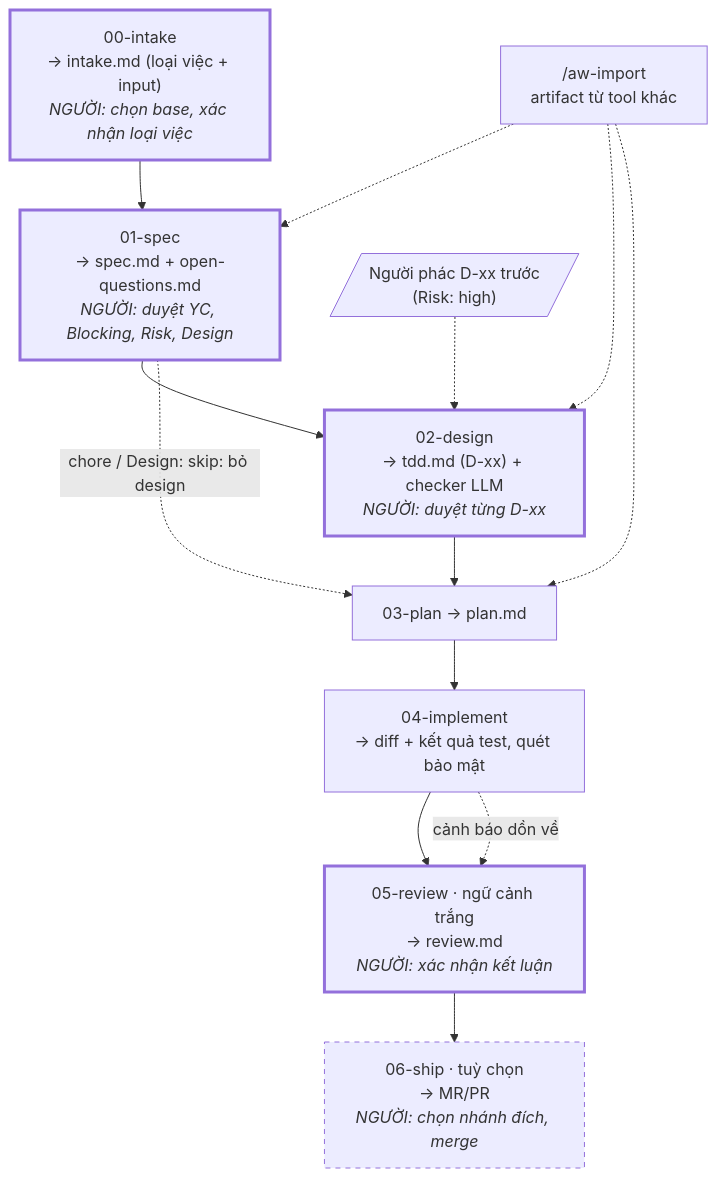
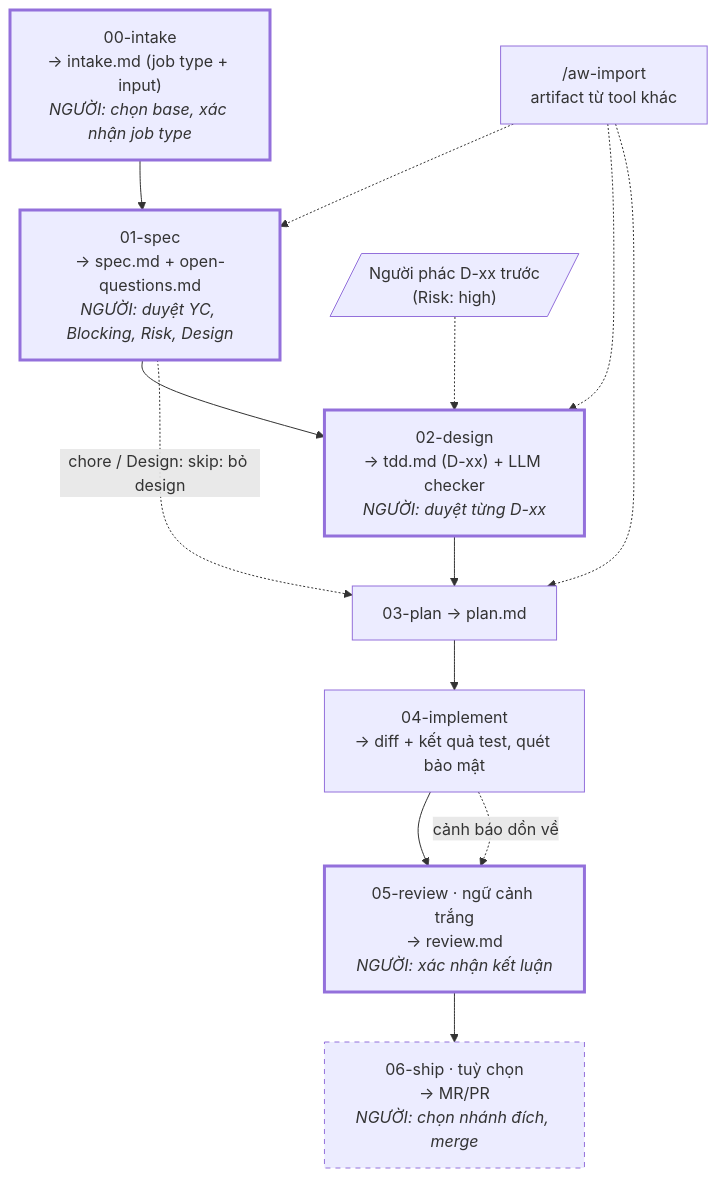
The diagram in README.md (dangminhphuc/agent-workflow), drawn with Mermaid before and after one commit. The commit also changed other lines of this file and 58 other files, not shown here.

````diff
--- a/README.md
+++ b/README.md
@@ -43,25 +43,25 @@
 ```mermaid
 flowchart TD
-    INTAKE["00-intake<br/>→ intake.md (loại việc + input)<br/><i>NGƯỜI: chọn base, xác nhận loại việc</i>"]
+    INTAKE["00-intake<br/>→ intake.md (job type + input)<br/><i>NGƯỜI: chọn base, xác nhận job type</i>"]
     SPEC["01-spec<br/>→ spec.md + open-questions.md<br/><i>NGƯỜI: duyệt YC, Blocking, Risk, Design</i>"]
     PHAC[/"Người phác D-xx trước<br/>(Risk: high)"/]
-    DESIGN["02-design<br/>→ tdd.md (D-xx) + checker LLM<br/><i>NGƯỜI: duyệt từng D-xx</i>"]
+    DESIGN["02-design<br/>→ tdd.md (D-xx) + LLM checker<br/><i>NGƯỜI: duyệt từng D-xx</i>"]
     PLAN["03-plan → plan.md"]
     IMPL["04-implement<br/>→ diff + kết quả test, quét bảo mật"]
     REVIEW["05-review · ngữ cảnh trắng<br/>→ review.md<br/><i>NGƯỜI: xác nhận kết luận</i>"]
     SHIP["06-ship · tuỳ chọn<br/>→ MR/PR<br/><i>NGƯỜI: chọn nhánh đích, merge</i>"]
     IMPORT["/aw-import<br/>artifact từ tool khác"]
 
     INTAKE --> SPEC --> DESIGN --> PLAN --> IMPL --> REVIEW --> SHIP
     PHAC -.-> DESIGN
     SPEC -. "chore / Design: skip: bỏ design" .-> PLAN
     IMPL -. "cảnh báo dồn về" .-> REVIEW
     IMPORT -.-> SPEC
     IMPORT -.-> DESIGN
     IMPORT -.-> PLAN
 
     classDef nguoi stroke-width:3px
     classDef tuychon stroke-dasharray:5 5
     class INTAKE,SPEC,DESIGN,REVIEW nguoi
     class SHIP tuychon
 ```
````
